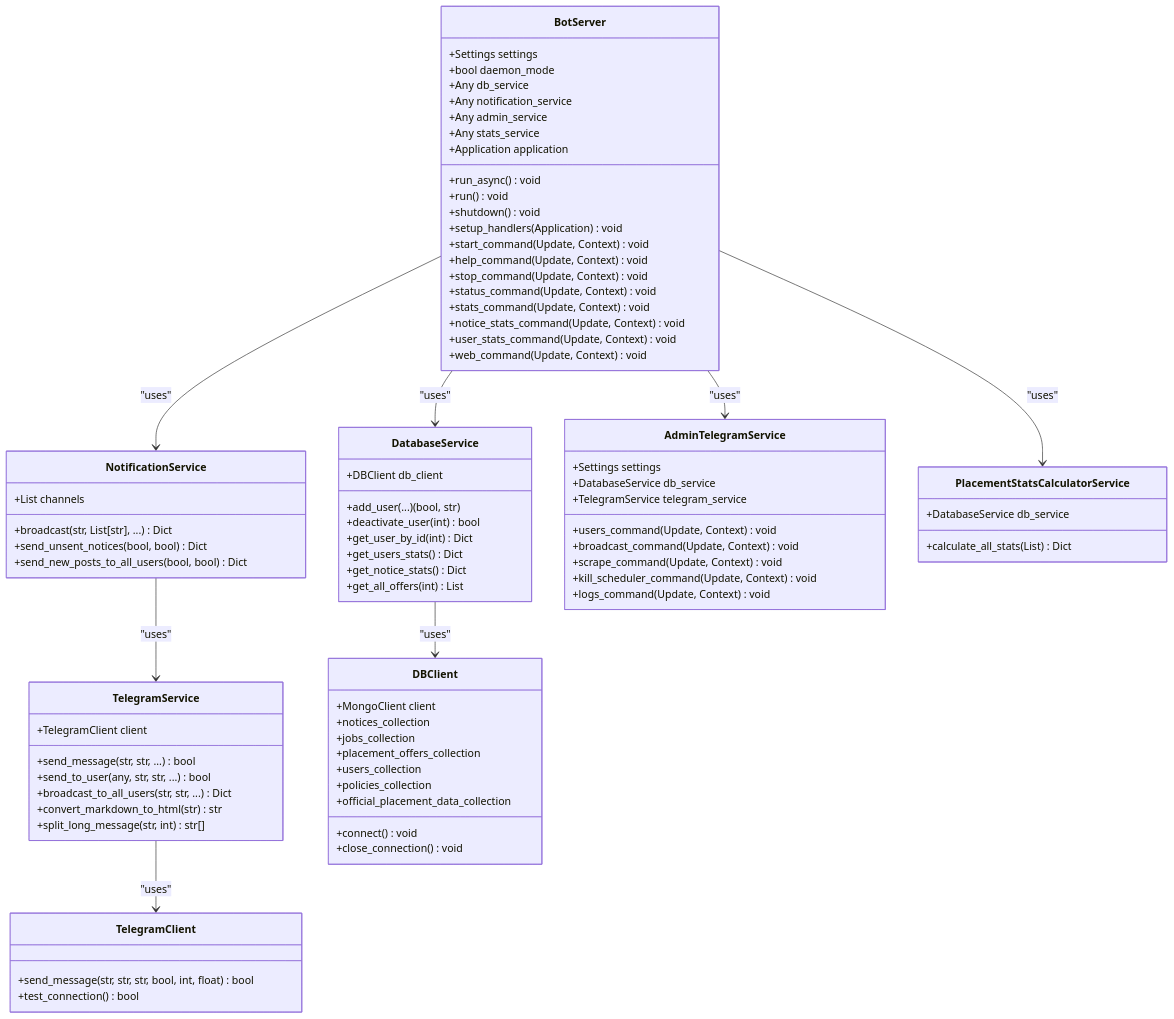
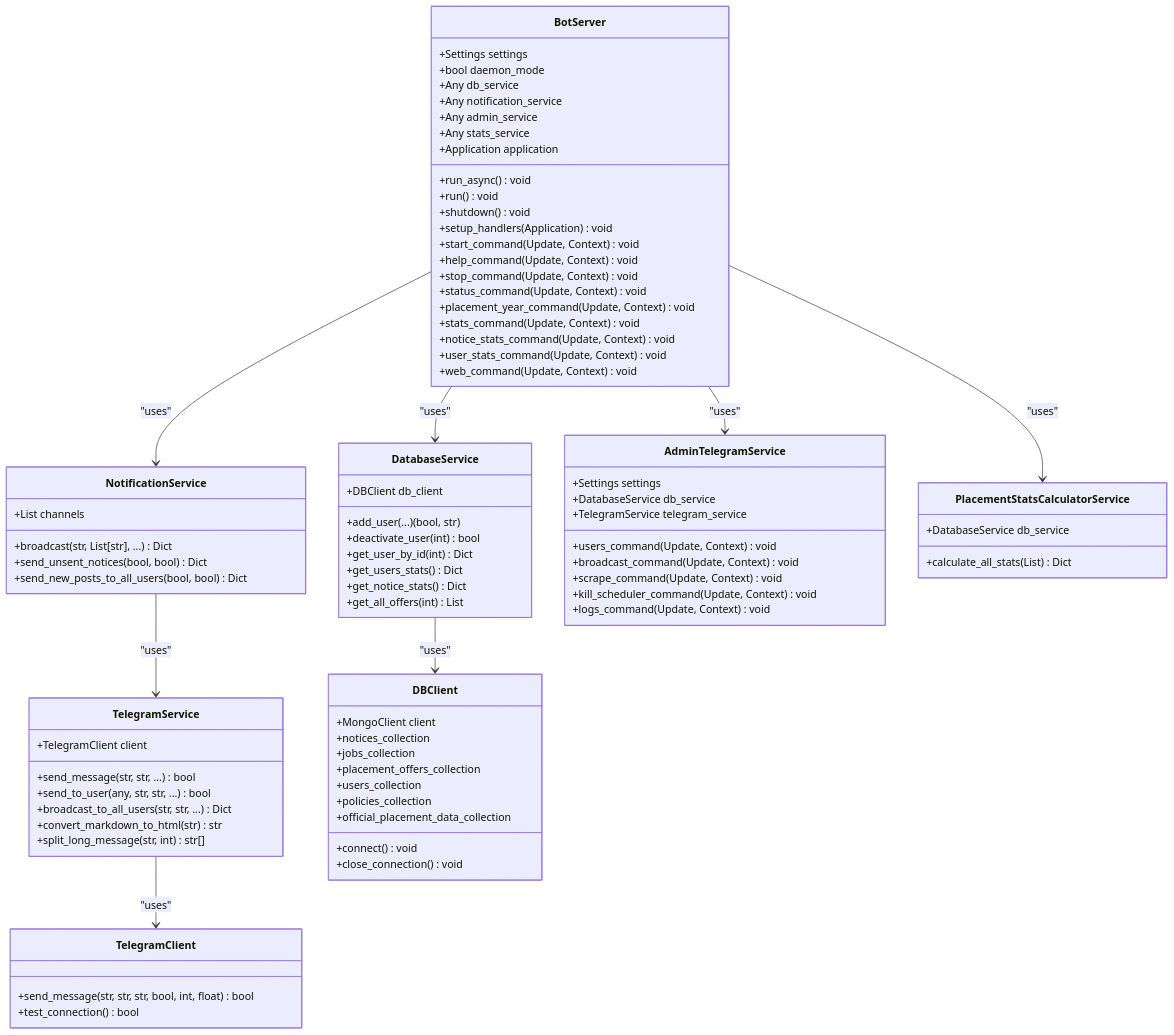
One commit to tashifkhan/tashif.codes changed the second of 8 diagrams in src/data/docs/jiit-placement-alerts/Server Components/Telegram Bot Server.md. Above: the diagram before and after it, drawn with Mermaid. The commit also changed other lines of this file and 2128 other files, not shown here.

First line of the commit message:
docs: replace raster diagram images with native Mermaid across project guides

```diff
--- a/src/data/docs/jiit-placement-alerts/Server Components/Telegram Bot Server.md
+++ b/src/data/docs/jiit-placement-alerts/Server Components/Telegram Bot Server.md
@@ -75,6 +75,7 @@
 +help_command(Update, Context) void
 +stop_command(Update, Context) void
 +status_command(Update, Context) void
++placement_year_command(Update, Context) void
 +stats_command(Update, Context) void
 +notice_stats_command(Update, Context) void
 +user_stats_command(Update, Context) void
```
